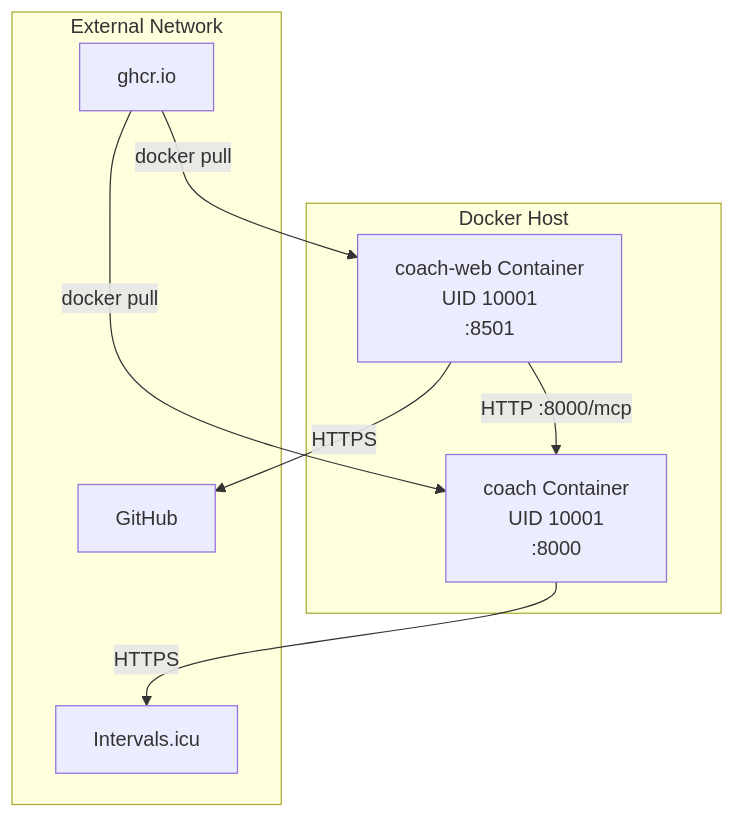
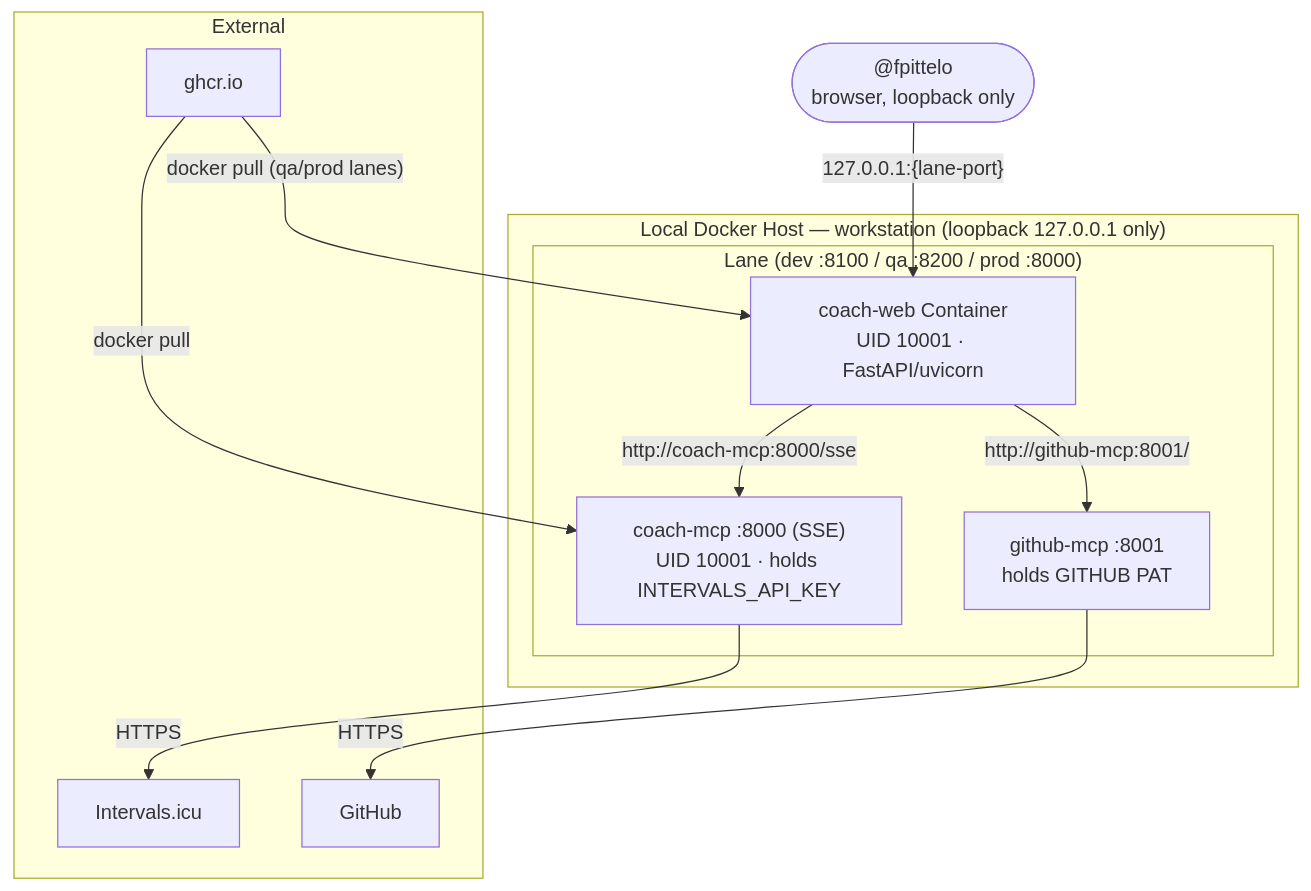
One commit to fpittelo/coach-web changed the seventh of 8 diagrams in docs/architecture.md. Above: the diagram before and after it, drawn with Mermaid. The commit also changed other lines of this file and 3 other files, not shown here.

First line of the commit message:
docs: ADR-007 local-first deployment — retire GCP topology, local Docker lanes (#115)

````diff
--- a/docs/architecture.md
+++ b/docs/architecture.md
@@ -141,19 +145,24 @@
 ```mermaid
 graph TD
-    subgraph "Docker Host"
-        WEB_CONTAINER["coach-web Container<br/>UID 10001<br/>:8501"]
-        MCP_CONTAINER["coach Container<br/>UID 10001<br/>:8000"]
+    subgraph "Local Docker Host — workstation (loopback 127.0.0.1 only)"
+        subgraph "Lane (dev :8100 / qa :8200 / prod :8000)"
+            WEB["coach-web Container<br/>UID 10001 · FastAPI/uvicorn"]
+            MCP["coach-mcp :8000 (SSE)<br/>UID 10001 · holds INTERVALS_API_KEY"]
+            GHMCP["github-mcp :8001<br/>holds GITHUB PAT"]
+        end
     end
 
-    subgraph "External Network"
+    subgraph "External"
+        GHCR["ghcr.io"]
         INTERVALS["Intervals.icu"]
         GITHUB["GitHub"]
-        GHCR["ghcr.io"]
     end
 
-    WEB_CONTAINER -->|"HTTP :8000/mcp"| MCP_CONTAINER
-    MCP_CONTAINER -->|"HTTPS"| INTERVALS
-    WEB_CONTAINER -->|"HTTPS"| GITHUB
-    GHCR -->|"docker pull"| WEB_CONTAINER
-    GHCR -->|"docker pull"| MCP_CONTAINER
+    OWNER(["@fpittelo<br/>browser, loopback only"]) -->|"127.0.0.1:{lane-port}"| WEB
+    WEB -->|"http://coach-mcp:8000/sse"| MCP
+    WEB -->|"http://github-mcp:8001/"| GHMCP
+    MCP -->|"HTTPS"| INTERVALS
+    GHMCP -->|"HTTPS"| GITHUB
+    GHCR -->|"docker pull (qa/prod lanes)"| WEB
+    GHCR -->|"docker pull"| MCP
 ```
````
